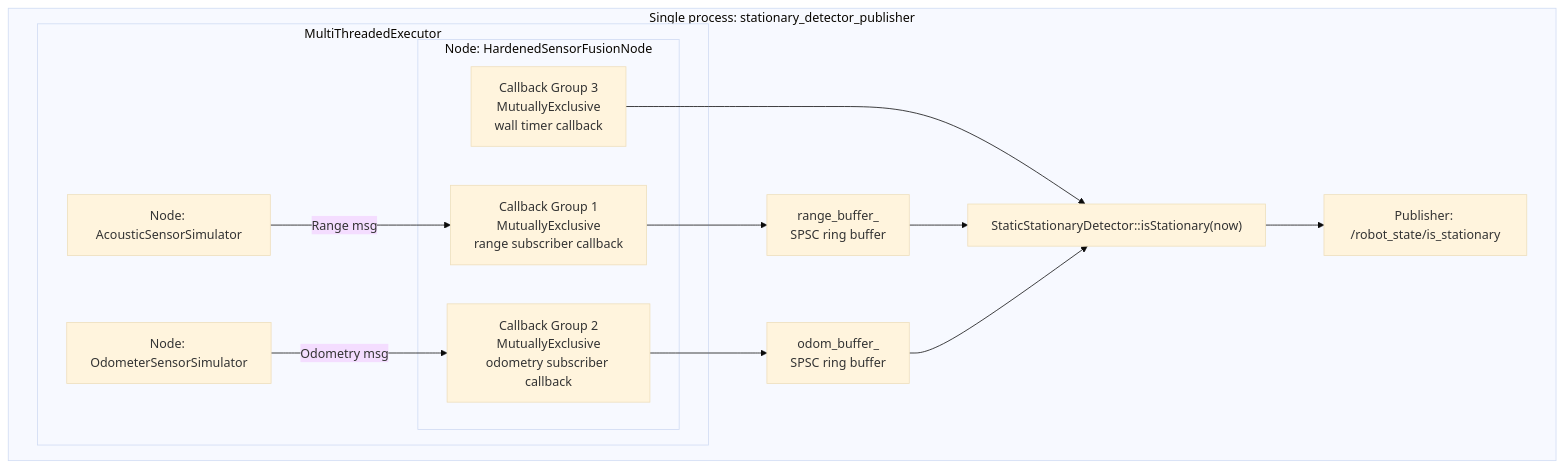
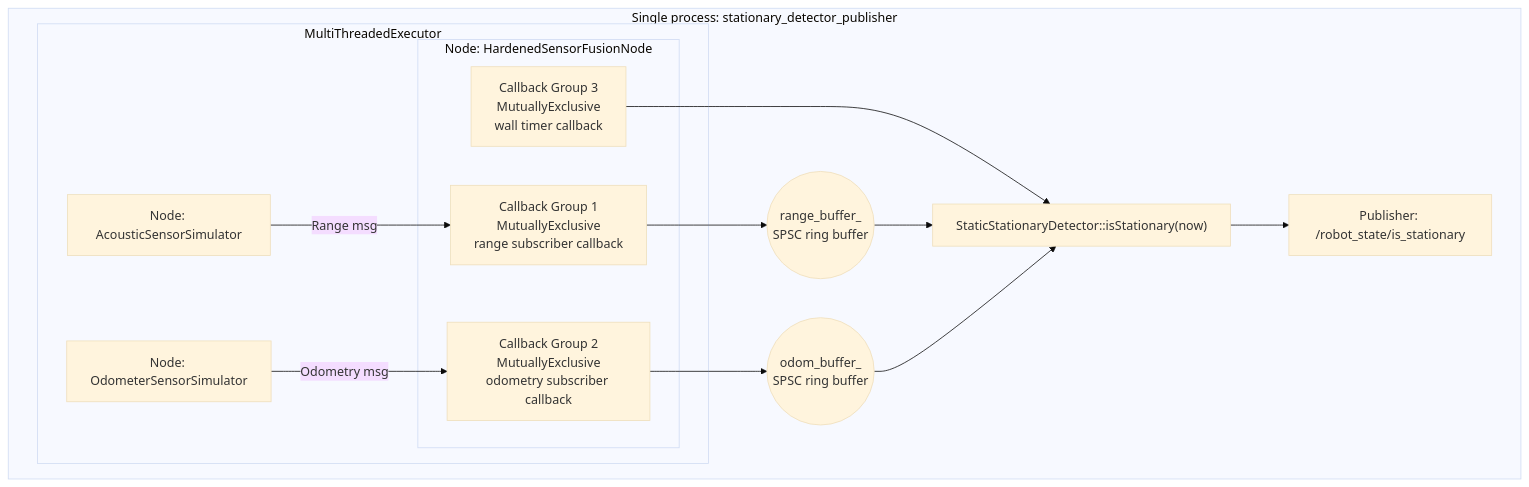
Before and after one commit to afatom/robot-stationary-fusion: the second of 2 diagrams in README.md, drawn with Mermaid (base theme). The commit also changed other lines of this file, not shown here.

Commit message:
README : add ring buffers

````diff
--- a/README.md
+++ b/README.md
@@ -61,29 +61,29 @@
 ```mermaid
 flowchart TB
    subgraph P["Single process: stationary_detector_publisher"]
       subgraph EX["MultiThreadedExecutor"]
          RN["Node: AcousticSensorSimulator"]
          ON["Node: OdometerSensorSimulator"]
 
          subgraph HN["Node: HardenedSensorFusionNode"]
             CG1["Callback Group 1\nMutuallyExclusive\nrange subscriber callback"]
             CG2["Callback Group 2\nMutuallyExclusive\nodometry subscriber callback"]
             CG3["Callback Group 3\nMutuallyExclusive\nwall timer callback"]
          end
       end
 
-      RB["range_buffer_\nSPSC ring buffer"]
-      OB["odom_buffer_\nSPSC ring buffer"]
+      RB(("range_buffer_<br/>SPSC ring buffer"))
+      OB(("odom_buffer_<br/>SPSC ring buffer"))
       SD["StaticStationaryDetector::isStationary(now)"]
       PUB["Publisher: /robot_state/is_stationary"]
    end
 
    RN -->|"Range msg"| CG1
    ON -->|"Odometry msg"| CG2
    CG1 --> RB
    CG2 --> OB
    CG3 --> SD
    RB --> SD
    OB --> SD
    SD --> PUB
 ```
````
